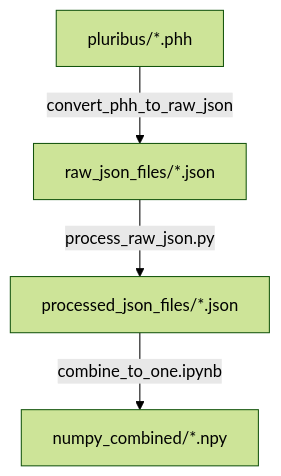
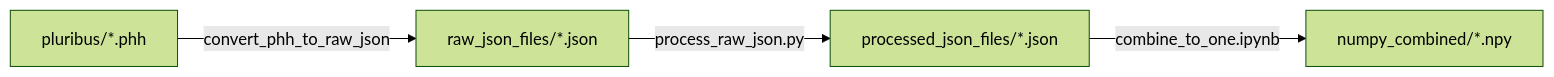
One commit to jaskrawo/Poker_AI changed the diagram in README.md. Above: the diagram before and after it, drawn with Mermaid (forest theme). The commit also changed other lines of this file, not shown here.

Commit message:
readme update

````diff
--- a/README.md
+++ b/README.md
@@ -2,6 +4,7 @@
 ```mermaid
-  flowchart TD
+  flowchart LR
     A[pluribus/*.phh] -- convert_phh_to_raw_json --> B[raw_json_files/*.json]
     B -- process_raw_json.py --> C[processed_json_files/*.json]
     C -- combine_to_one.ipynb --> D[numpy_combined/*.npy]
+
 ```
````
